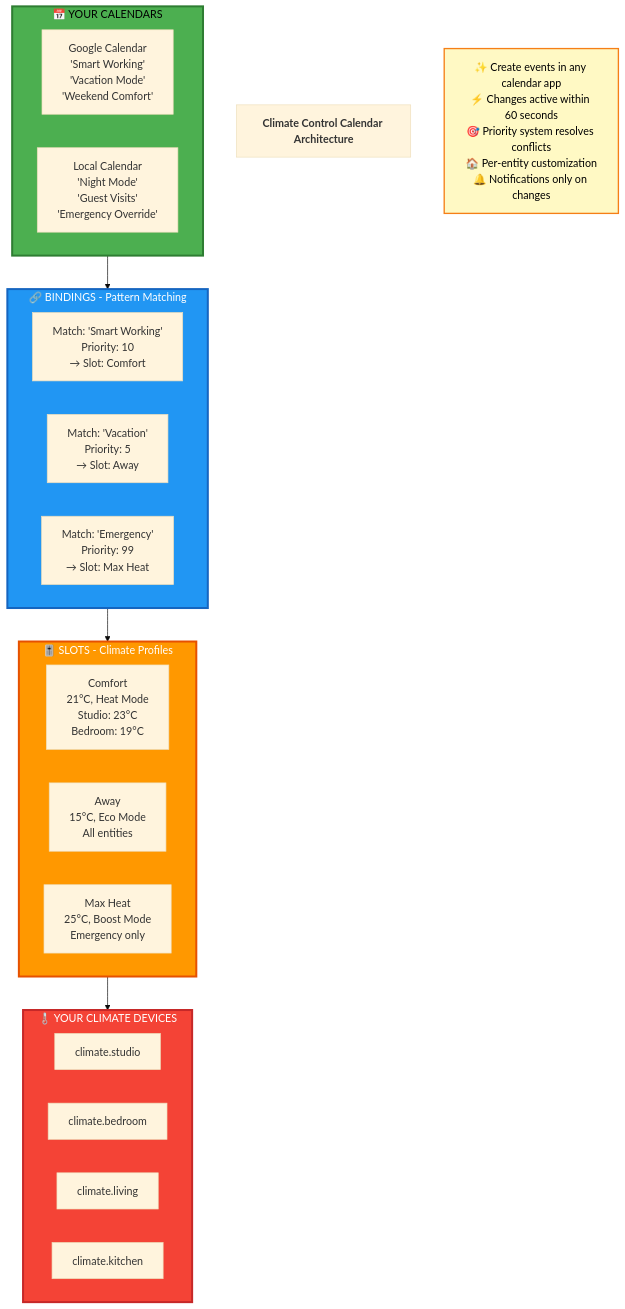
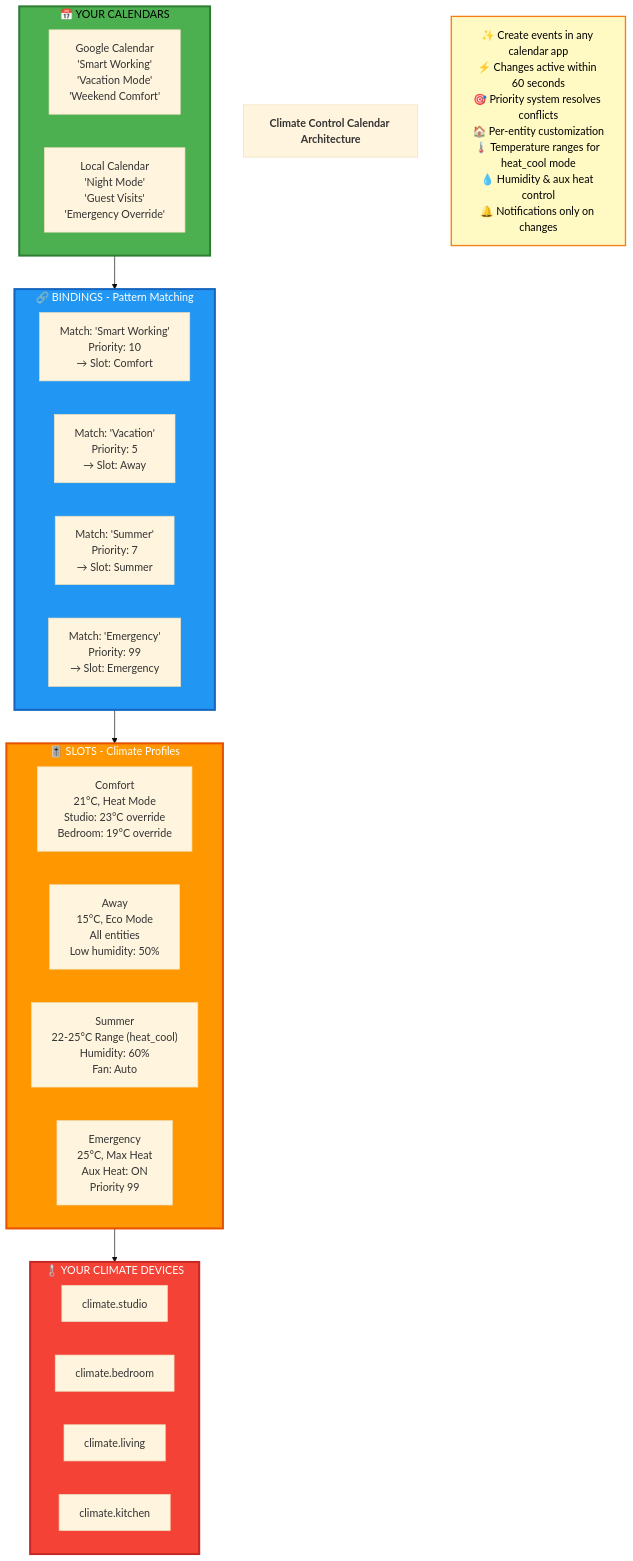
Before and after one commit to max433/climate_control_calendar: the diagram in SOCIAL_GRAPHIC.md, drawn with Mermaid (base theme). The commit also changed other lines of this file, not shown here.

````diff
--- a/SOCIAL_GRAPHIC.md
+++ b/SOCIAL_GRAPHIC.md
@@ -7,40 +7,42 @@
 ```mermaid
 graph TB
     title[<b>Climate Control Calendar Architecture</b>]
 
     subgraph cal ["📅 YOUR CALENDARS"]
         c1["Google Calendar<br/>'Smart Working'<br/>'Vacation Mode'<br/>'Weekend Comfort'"]
         c2["Local Calendar<br/>'Night Mode'<br/>'Guest Visits'<br/>'Emergency Override'"]
     end
 
     subgraph bind ["🔗 BINDINGS - Pattern Matching"]
         b1["Match: 'Smart Working'<br/>Priority: 10<br/>→ Slot: Comfort"]
         b2["Match: 'Vacation'<br/>Priority: 5<br/>→ Slot: Away"]
-        b3["Match: 'Emergency'<br/>Priority: 99<br/>→ Slot: Max Heat"]
+        b3["Match: 'Summer'<br/>Priority: 7<br/>→ Slot: Summer"]
+        b4["Match: 'Emergency'<br/>Priority: 99<br/>→ Slot: Emergency"]
     end
 
     subgraph slots ["🎚️ SLOTS - Climate Profiles"]
-        s1["Comfort<br/>21°C, Heat Mode<br/>Studio: 23°C<br/>Bedroom: 19°C"]
-        s2["Away<br/>15°C, Eco Mode<br/>All entities"]
-        s3["Max Heat<br/>25°C, Boost Mode<br/>Emergency only"]
+        s1["Comfort<br/>21°C, Heat Mode<br/>Studio: 23°C override<br/>Bedroom: 19°C override"]
+        s2["Away<br/>15°C, Eco Mode<br/>All entities<br/>Low humidity: 50%"]
+        s3["Summer<br/>22-25°C Range (heat_cool)<br/>Humidity: 60%<br/>Fan: Auto"]
+        s4["Emergency<br/>25°C, Max Heat<br/>Aux Heat: ON<br/>Priority 99"]
     end
 
     subgraph devices ["🌡️ YOUR CLIMATE DEVICES"]
         d1["climate.studio"]
         d2["climate.bedroom"]
         d3["climate.living"]
         d4["climate.kitchen"]
     end
 
     cal --> bind
     bind --> slots
     slots --> devices
 
-    note1["✨ Create events in any calendar app<br/>⚡ Changes active within 60 seconds<br/>🎯 Priority system resolves conflicts<br/>🏠 Per-entity customization<br/>🔔 Notifications only on changes"]
+    note1["✨ Create events in any calendar app<br/>⚡ Changes active within 60 seconds<br/>🎯 Priority system resolves conflicts<br/>🏠 Per-entity customization<br/>🌡️ Temperature ranges for heat_cool mode<br/>💧 Humidity & aux heat control<br/>🔔 Notifications only on changes"]
 
     style cal fill:#4CAF50,stroke:#2E7D32,stroke-width:3px,color:#000
     style bind fill:#2196F3,stroke:#1565C0,stroke-width:3px,color:#fff
     style slots fill:#FF9800,stroke:#E65100,stroke-width:3px,color:#fff
     style devices fill:#F44336,stroke:#C62828,stroke-width:3px,color:#fff
     style note1 fill:#FFF9C4,stroke:#F57F17,stroke-width:2px,color:#000
 ```
````
